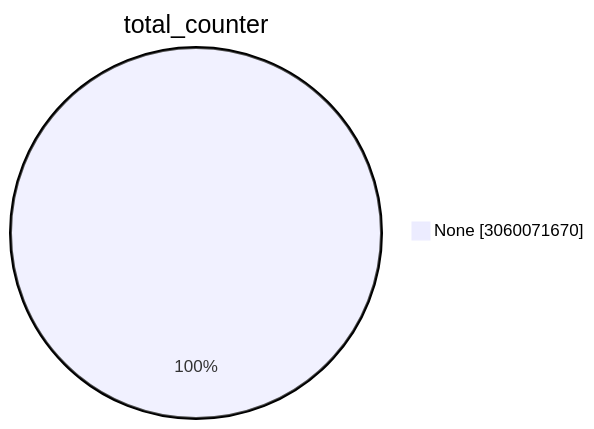
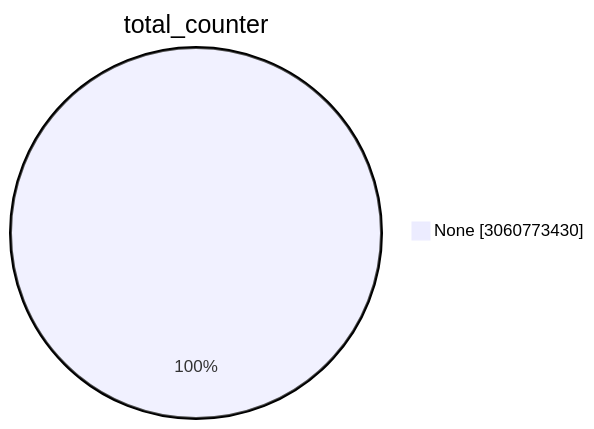
One commit to christiankrug/ctmonitor_visualization changed the first of 15 diagrams in TOTAL/README.md. Above: the diagram before and after it, drawn with Mermaid. The commit also changed other lines of this file, not shown here.

````diff
--- a/TOTAL/README.md
+++ b/TOTAL/README.md
@@ -1,5 +1,5 @@
 ```mermaid
 pie showData
 title total_counter
-"None" :3060071670
+"None" :3060773430
 ```
````
